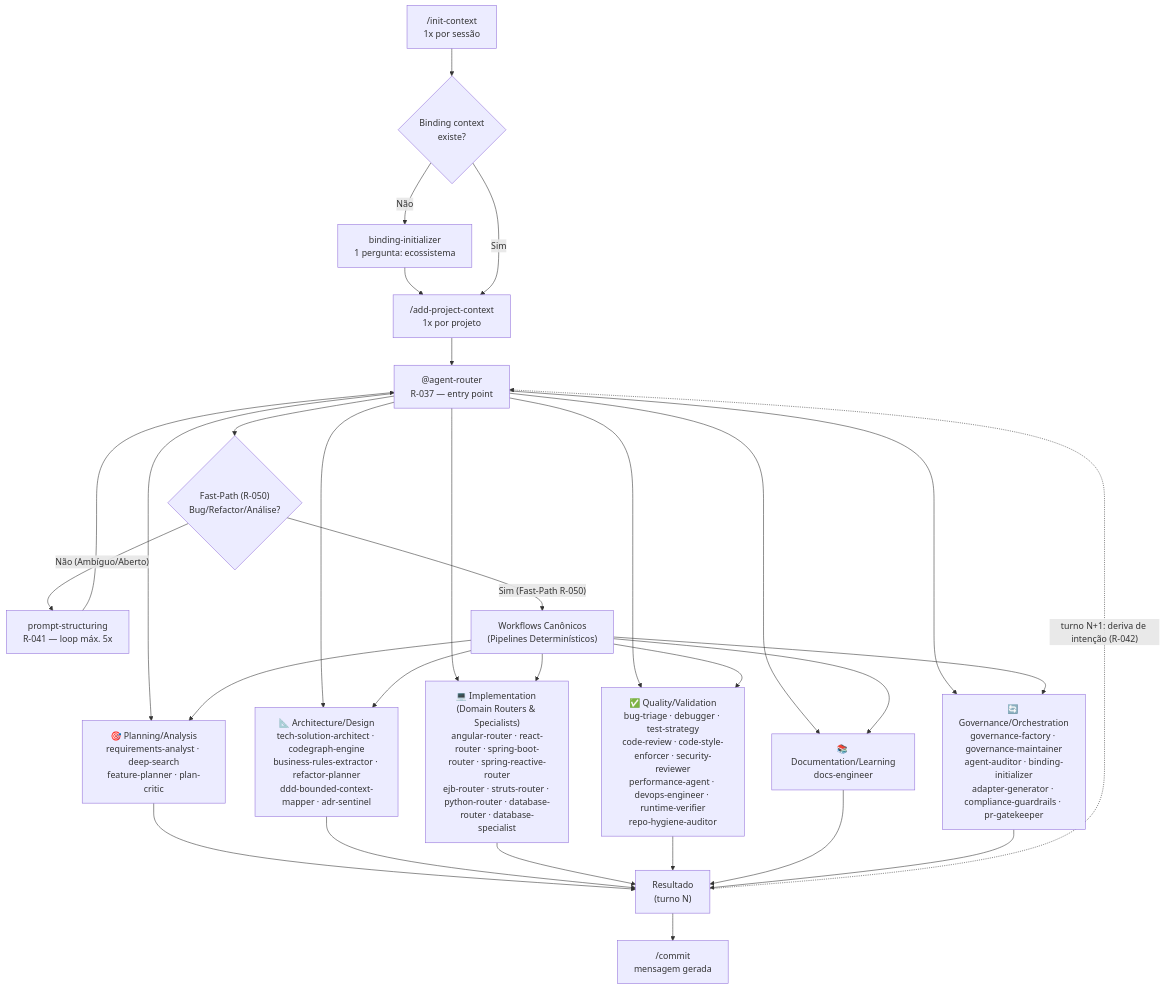
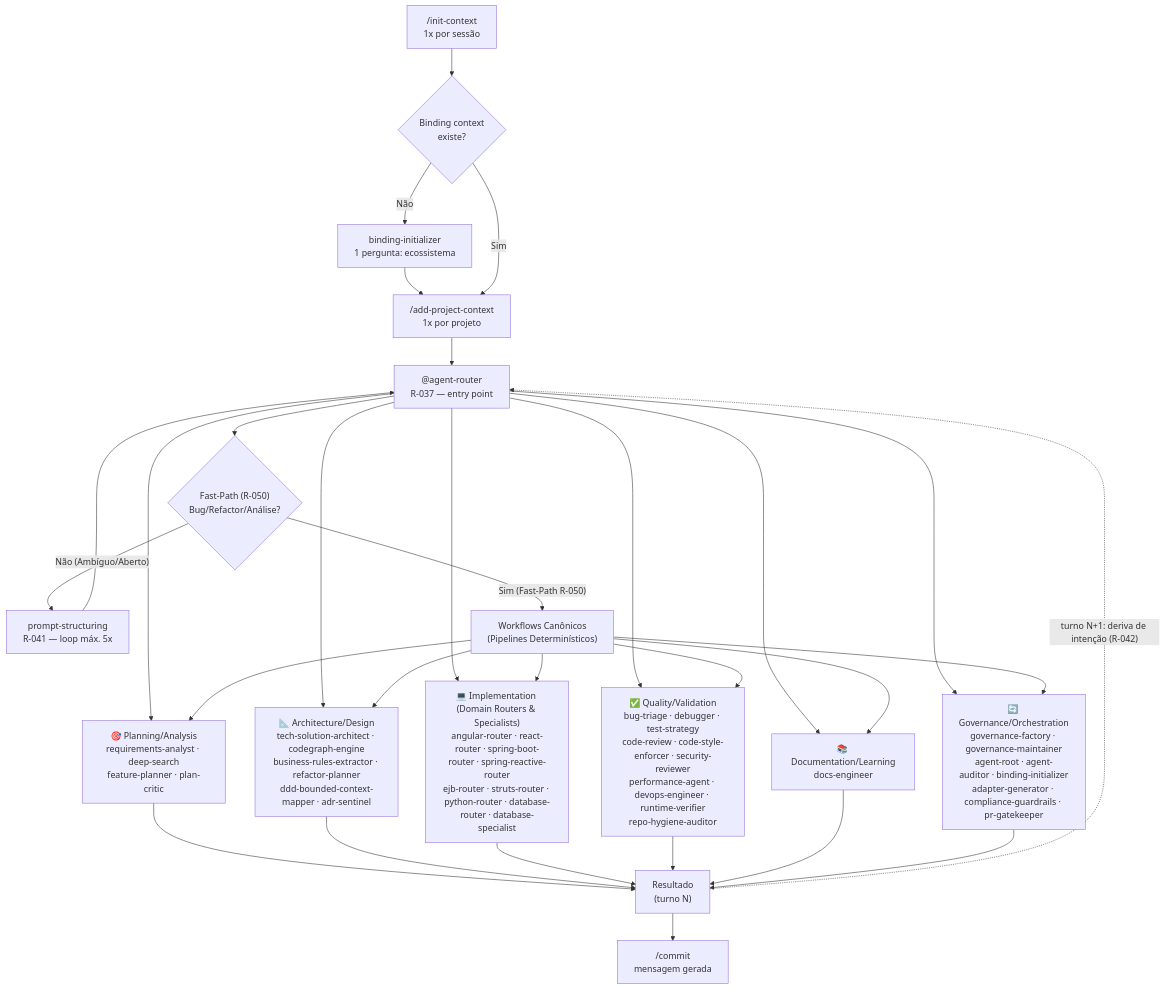
Before and after one commit to jezreel8858/deep-agents-copilot: the first of 2 diagrams in README.md, drawn with Mermaid. The commit also changed other lines of this file and 36 other files, not shown here.

````diff
--- a/README.md
+++ b/README.md
@@ -190,23 +190,23 @@
 ```mermaid
 flowchart TD
     A["/init-context\n1x por sessão"] --> B{Binding context\nexiste?}
     B -- Não --> C["binding-initializer\n1 pergunta: ecossistema"]
     C --> D["/add-project-context\n1x por projeto"]
     B -- Sim --> D
     D --> E["@agent-router\nR-037 — entry point"]
     E --> FP{"Fast-Path (R-050)\nBug/Refactor/Análise?"}
     FP -- "Não (Ambíguo/Aberto)" --> P["prompt-structuring\nR-041 — loop máx. 5x"]
     P --> E
     FP -- "Sim (Fast-Path R-050)" --> WF["Workflows Canônicos\n(Pipelines Determinísticos)"]
 
     E & WF --> G1["🎯 Planning/Analysis\nrequirements-analyst · deep-search\nfeature-planner · plan-critic"]
     E & WF --> G2["📐 Architecture/Design\ntech-solution-architect · codegraph-engine\nbusiness-rules-extractor · refactor-planner\nddd-bounded-context-mapper · adr-sentinel"]
     E & WF --> G3["💻 Implementation (Domain Routers & Specialists)\nangular-router · react-router · spring-boot-router · spring-reactive-router\nejb-router · struts-router · python-router · database-router · database-specialist"]
     E & WF --> G4["✅ Quality/Validation\nbug-triage · debugger · test-strategy\ncode-review · code-style-enforcer · security-reviewer\nperformance-agent · devops-engineer · runtime-verifier\nrepo-hygiene-auditor"]
     E & WF --> G5["📚 Documentation/Learning\ndocs-engineer"]
-    E & WF --> G6["🔄 Governance/Orchestration\ngovernance-factory · governance-maintainer\nagent-auditor · binding-initializer\nadapter-generator · compliance-guardrails · pr-gatekeeper"]
+    E & WF --> G6["🔄 Governance/Orchestration\ngovernance-factory · governance-maintainer\nagent-root · agent-auditor · binding-initializer\nadapter-generator · compliance-guardrails · pr-gatekeeper"]
 
     G1 & G2 & G3 & G4 & G5 & G6 --> K["Resultado\n(turno N)"]
     K --> L["/commit\nmensagem gerada"]
     K -.->|"turno N+1: deriva de intenção (R-042)"| E
 ```
````
